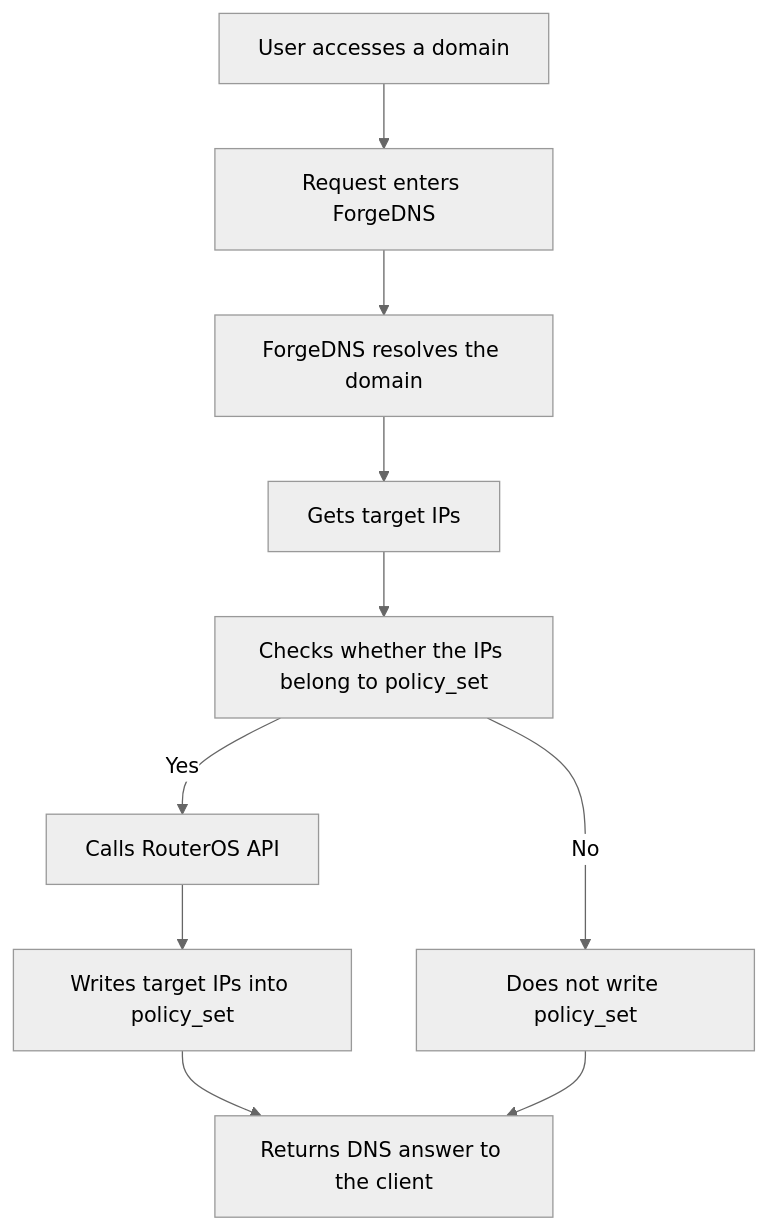
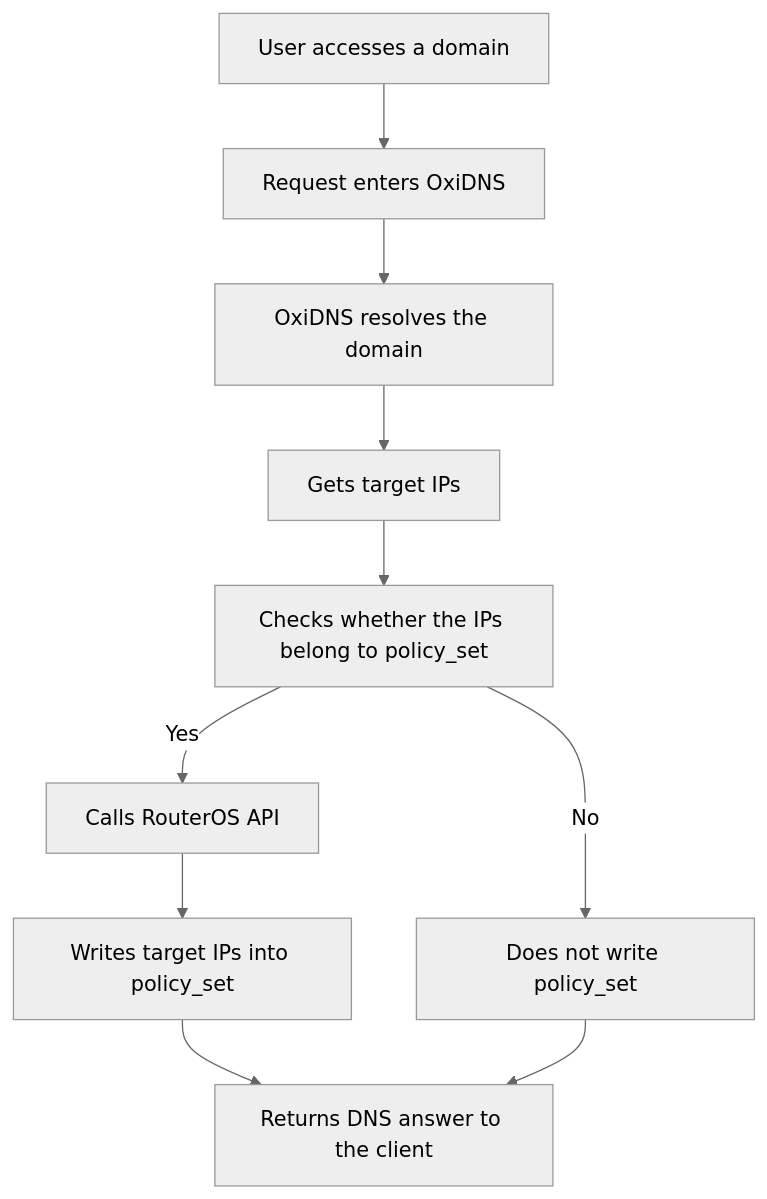
One commit to SvenShi/forgedns changed the first of 2 diagrams in docs/i18n/en/docusaurus-plugin-content-docs/current/mikrotik-policy-routing.md. Above: the diagram before and after it, drawn with Mermaid (neutral theme). The commit also changed other lines of this file and 133 other files, not shown here.

First line of the commit message:
chore(brand): rename ForgeDNS to OxiDNS

````diff
--- a/docs/i18n/en/docusaurus-plugin-content-docs/current/mikrotik-policy-routing.md
+++ b/docs/i18n/en/docusaurus-plugin-content-docs/current/mikrotik-policy-routing.md
@@ -27,14 +27,14 @@
 ```mermaid
 flowchart TD
-    A["User accesses a domain"] --> B["Request enters ForgeDNS"]
-    B --> C["ForgeDNS resolves the domain"]
+    A["User accesses a domain"] --> B["Request enters OxiDNS"]
+    B --> C["OxiDNS resolves the domain"]
     C --> D["Gets target IPs"]
     D --> E["Checks whether the IPs belong to policy_set"]
 
     E -->|Yes| F["Calls RouterOS API"]
     F --> G["Writes target IPs into policy_set"]
     G --> H["Returns DNS answer to the client"]
 
     E -->|No| I["Does not write policy_set"]
     I --> H
 ```
````
